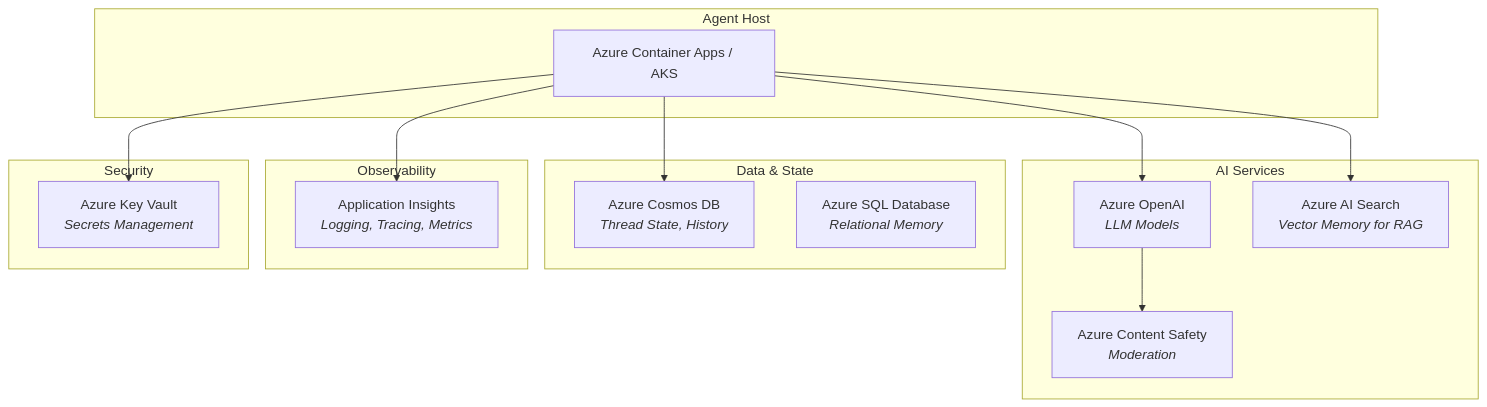
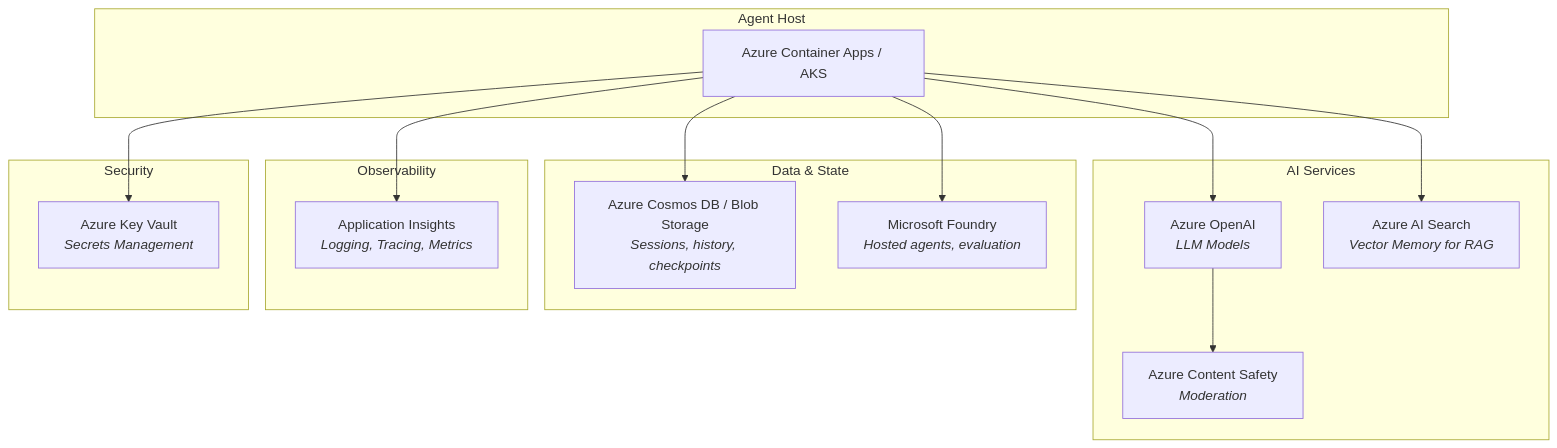
Before and after one commit to CodeHalwell/AgentGuides: the seventh of 12 diagrams in src/content/docs/microsoft-agent-framework-guide/dotnet/microsoft_agent_framework_dotnet_diagrams.md, drawn with Mermaid. The commit also changed other lines of this file and 4 other files, not shown here.

````diff
--- a/src/content/docs/microsoft-agent-framework-guide/dotnet/microsoft_agent_framework_dotnet_diagrams.md
+++ b/src/content/docs/microsoft-agent-framework-guide/dotnet/microsoft_agent_framework_dotnet_diagrams.md
@@ -154,32 +158,33 @@
 ```mermaid
 graph TD
     subgraph Agent Host
         A[Azure Container Apps / AKS]
     end
 
     subgraph AI Services
         B[Azure OpenAI<br/><i>LLM Models</i>]
         C[Azure AI Search<br/><i>Vector Memory for RAG</i>]
         D[Azure Content Safety<br/><i>Moderation</i>]
     end
 
     subgraph Data & State
-        E[Azure Cosmos DB<br/><i>Thread State, History</i>]
-        F[Azure SQL Database<br/><i>Relational Memory</i>]
+        E[Azure Cosmos DB / Blob Storage<br/><i>Sessions, history, checkpoints</i>]
+        F[Microsoft Foundry<br/><i>Hosted agents, evaluation</i>]
     end
 
     subgraph Observability
         G[Application Insights<br/><i>Logging, Tracing, Metrics</i>]
     end
     
     subgraph Security
         H[Azure Key Vault<br/><i>Secrets Management</i>]
     end
 
     A --> B
     A --> C
     A --> E
     A --> G
     A --> H
     B --> D
+    A --> F
 ```
````
